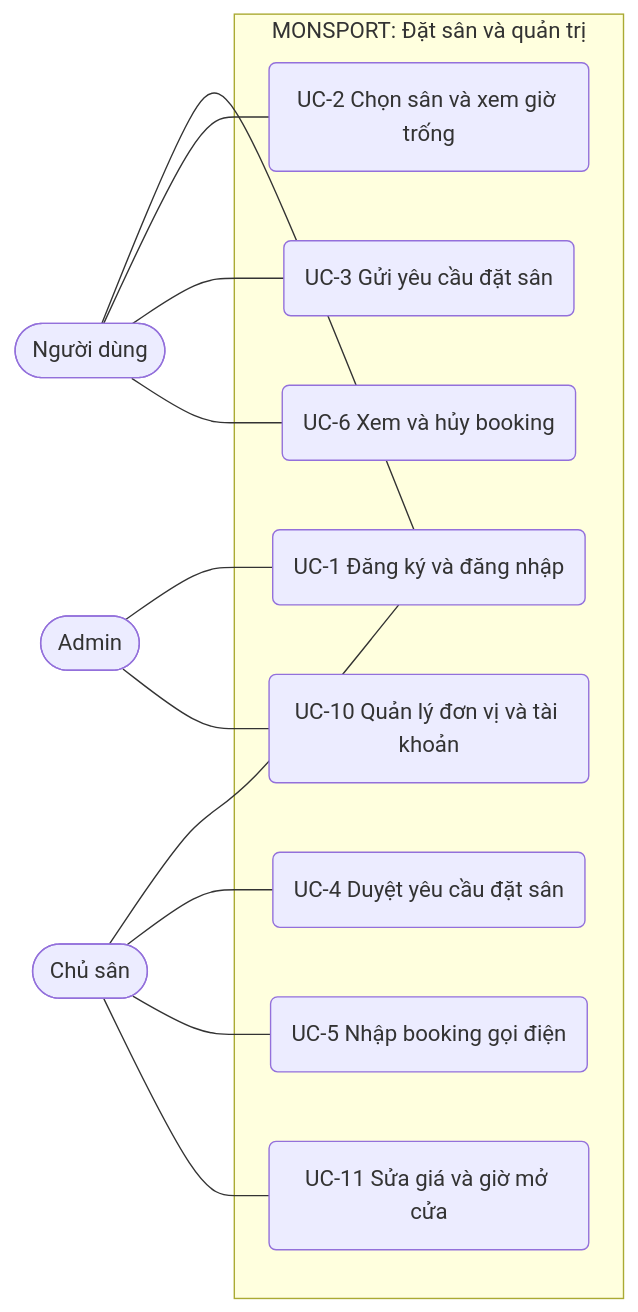
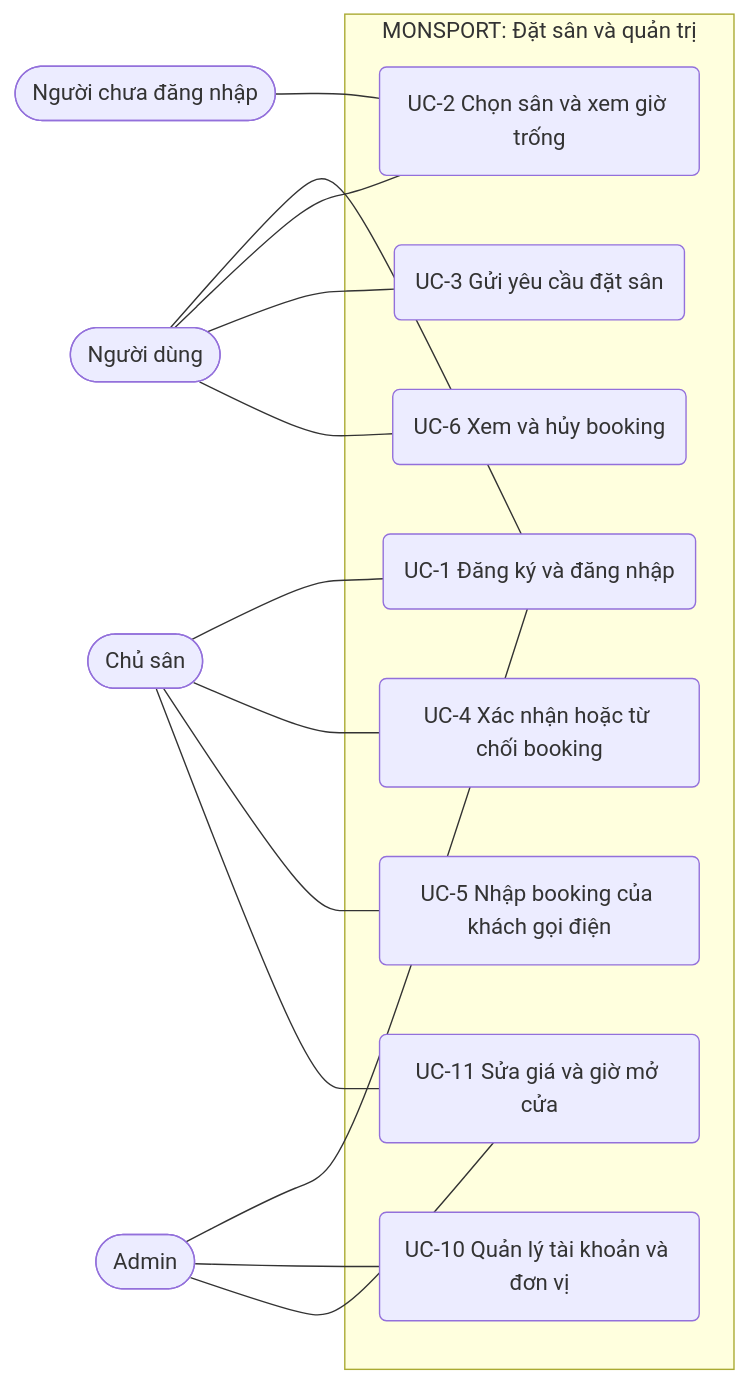
Before and after one commit to Tlerd/MON-Sport: the second of 9 diagrams in docs/requirements/models.md, drawn with Mermaid. The commit also changed other lines of this file, not shown here.

````diff
--- a/docs/requirements/models.md
+++ b/docs/requirements/models.md
@@ -40,26 +42,29 @@
 ```mermaid
 flowchart LR
+    Khach([Người chưa đăng nhập])
     NguoiDung([Người dùng])
     ChuSan([Chủ sân])
     Admin([Admin])
     subgraph MS1[MONSPORT: Đặt sân và quản trị]
         UC1(UC-1 Đăng ký và đăng nhập)
         UC2(UC-2 Chọn sân và xem giờ trống)
         UC3(UC-3 Gửi yêu cầu đặt sân)
-        UC4(UC-4 Duyệt yêu cầu đặt sân)
-        UC5(UC-5 Nhập booking gọi điện)
+        UC4(UC-4 Xác nhận hoặc từ chối booking)
+        UC5(UC-5 Nhập booking của khách gọi điện)
         UC6(UC-6 Xem và hủy booking)
-        UC10(UC-10 Quản lý đơn vị và tài khoản)
+        UC10(UC-10 Quản lý tài khoản và đơn vị)
         UC11(UC-11 Sửa giá và giờ mở cửa)
     end
     NguoiDung --- UC1
+    Khach --- UC2
     NguoiDung --- UC2
     NguoiDung --- UC3
     NguoiDung --- UC6
     ChuSan --- UC1
     ChuSan --- UC4
     ChuSan --- UC5
     ChuSan --- UC11
     Admin --- UC1
     Admin --- UC10
+    Admin --- UC11
 ```
````
